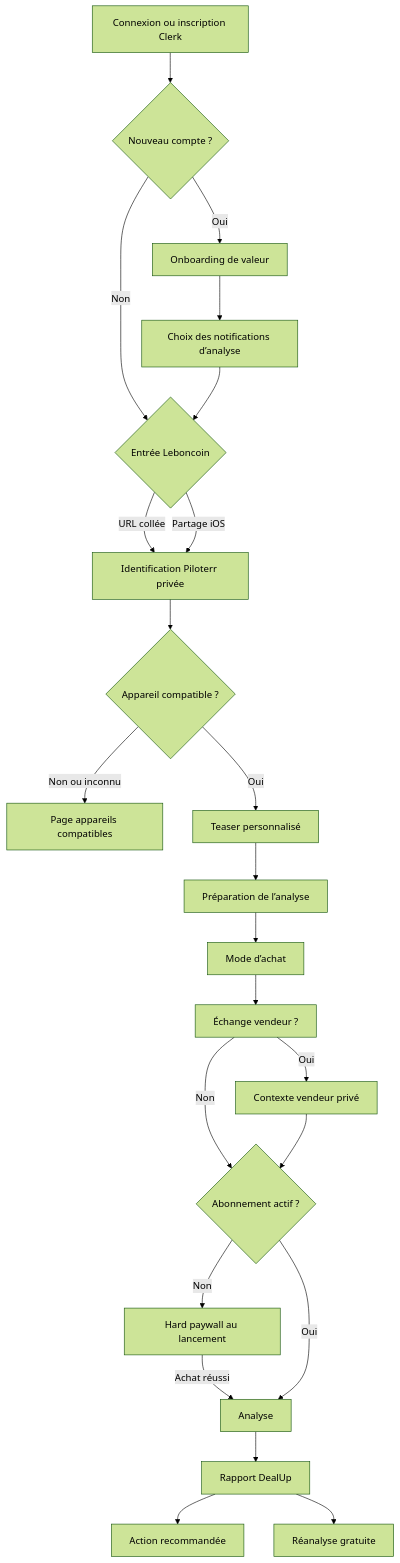
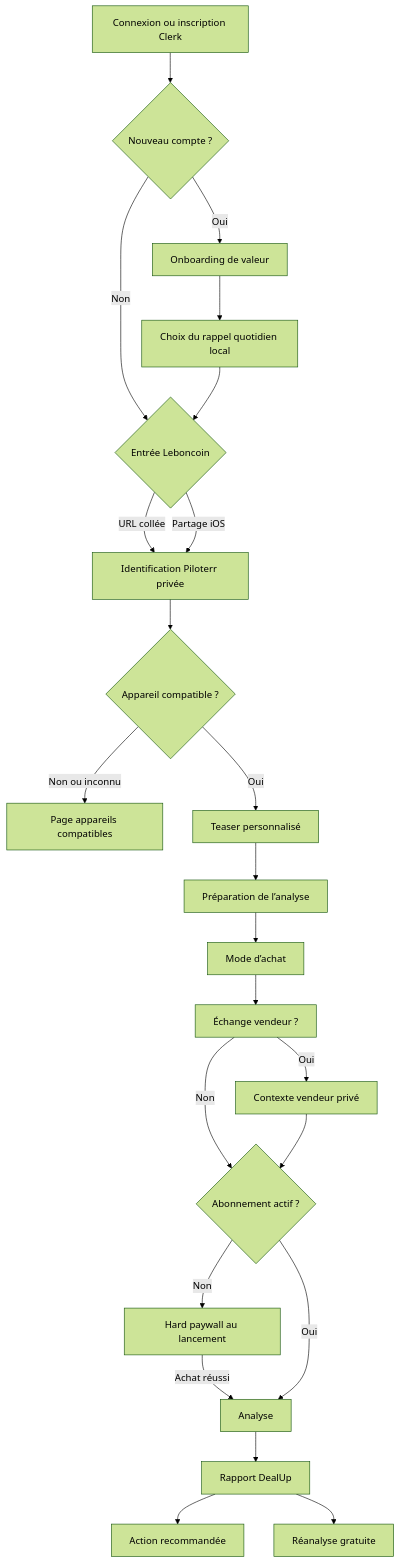
One commit to Zinoug/dealup changed the first of 2 diagrams in docs/product/product.md. Above: the diagram before and after it, drawn with Mermaid (forest theme). The commit also changed other lines of this file and 96 other files, not shown here.

````diff
--- a/docs/product/product.md
+++ b/docs/product/product.md
@@ -52,25 +52,25 @@
 ```mermaid
 flowchart TD
     A["Connexion ou inscription Clerk"] --> B{"Nouveau compte ?"}
     B -->|"Oui"| C["Onboarding de valeur"]
     B -->|"Non"| D{"Entrée Leboncoin"}
-    C --> E["Choix des notifications d’analyse"]
+    C --> E["Choix du rappel quotidien local"]
     E --> D
     D -->|"URL collée"| F["Identification Piloterr privée"]
     D -->|"Partage iOS"| F
     F --> G{"Appareil compatible ?"}
     G -->|"Non ou inconnu"| H["Page appareils compatibles"]
     G -->|"Oui"| I["Teaser personnalisé"]
     I --> L["Préparation de l’analyse"]
     L --> M["Mode d’achat"]
     M --> N["Échange vendeur ?"]
     N -->|"Oui"| O["Contexte vendeur privé"]
     N -->|"Non"| J{"Abonnement actif ?"}
     O --> J
     J -->|"Non"| K["Hard paywall au lancement"]
     K -->|"Achat réussi"| P["Analyse"]
     J -->|"Oui"| P
     P --> Q["Rapport DealUp"]
     Q --> R["Action recommandée"]
     Q --> S["Réanalyse gratuite"]
 ```
````
